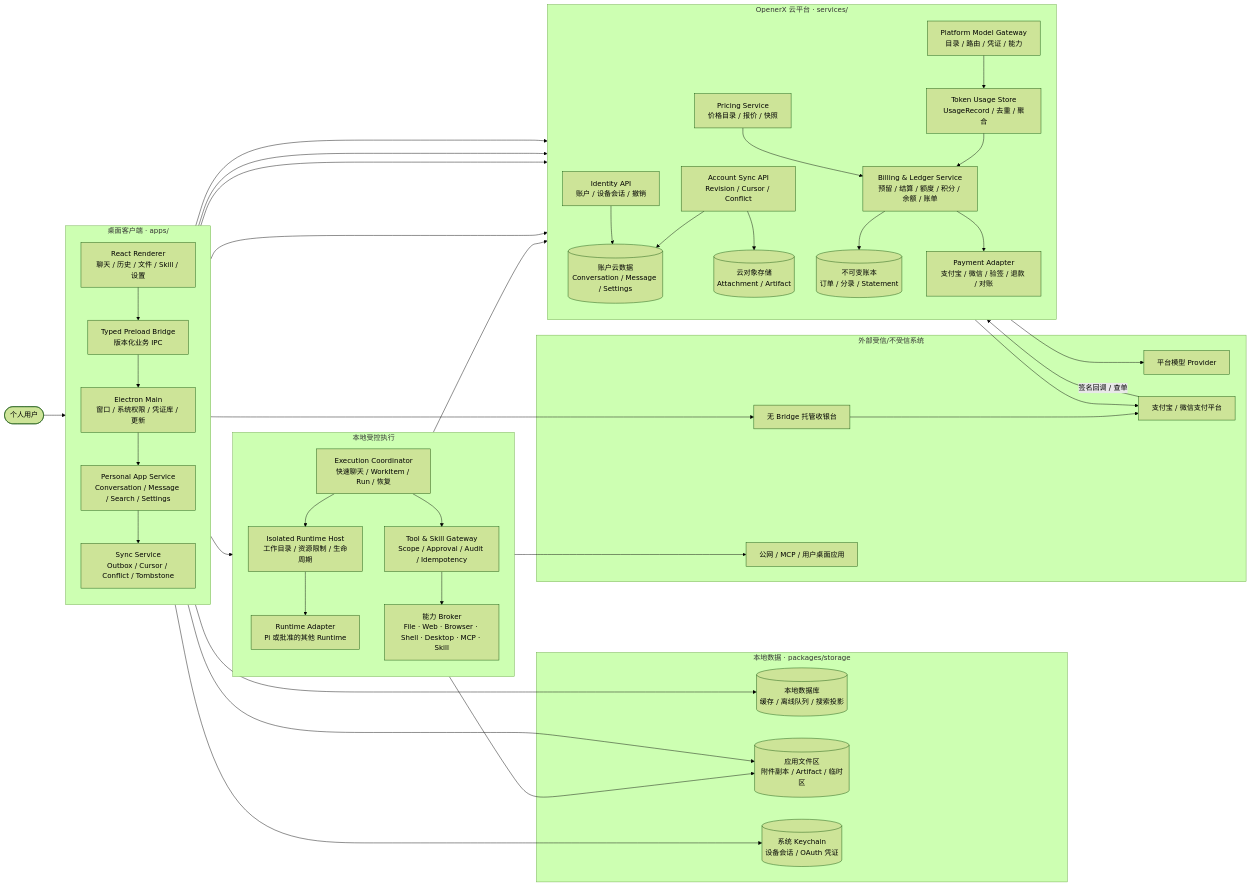
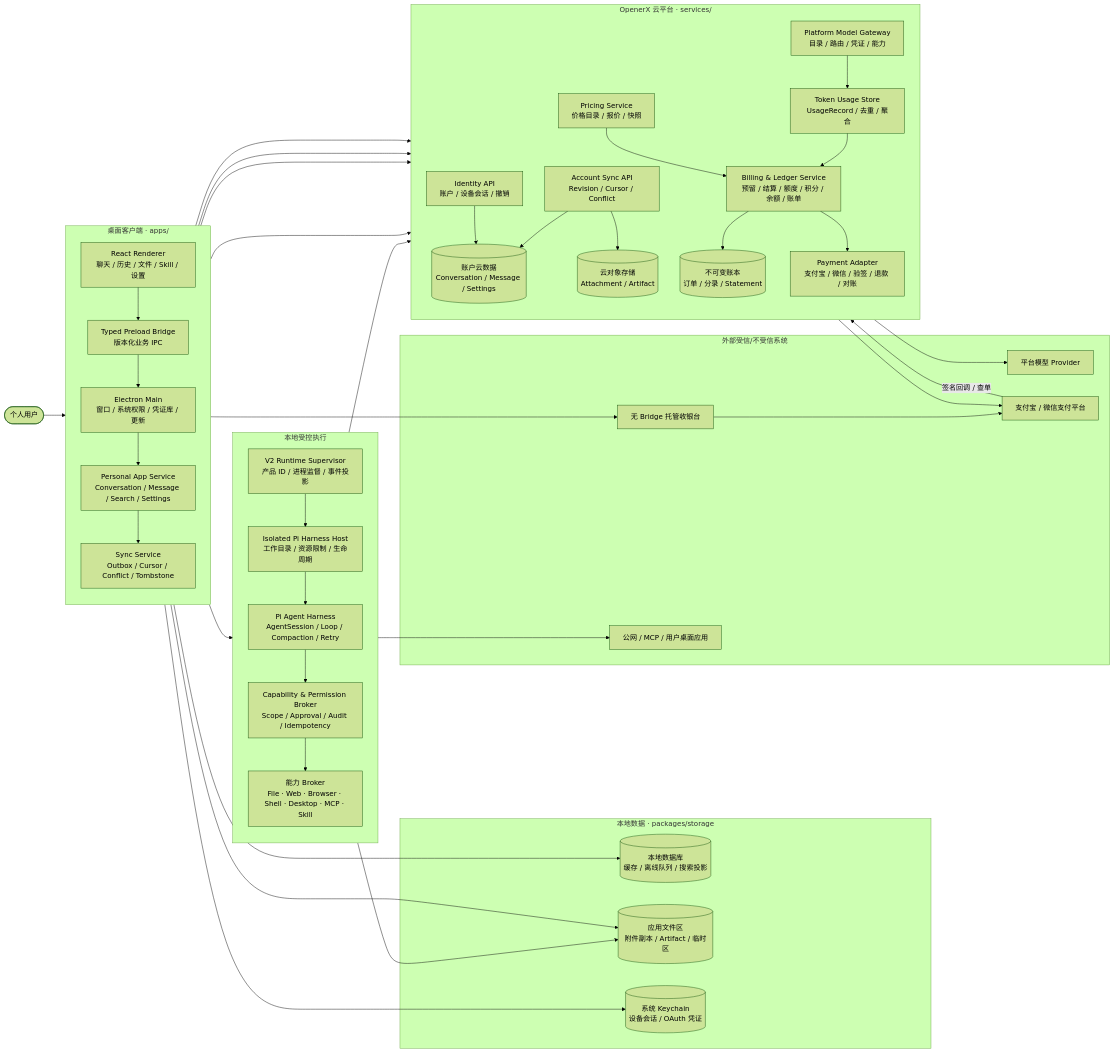
One commit to openerserver/openerx changed the first of 4 diagrams in docs/v2/14-overall-architecture.md. Above: the diagram before and after it, drawn with Mermaid (forest theme). The commit also changed other lines of this file and 79 other files, not shown here.

```diff
--- a/docs/v2/14-overall-architecture.md
+++ b/docs/v2/14-overall-architecture.md
@@ -46,10 +49,10 @@
 
   subgraph EXECUTION["本地受控执行"]
     direction TB
-    COORD["Execution Coordinator<br/>快速聊天 / WorkItem / Run / 恢复"]
-    HOST["Isolated Runtime Host<br/>工作目录 / 资源限制 / 生命周期"]
-    ADAPTER["Runtime Adapter<br/>Pi 或批准的其他 Runtime"]
-    TOOL_GATEWAY["Tool & Skill Gateway<br/>Scope / Approval / Audit / Idempotency"]
+    SUPERVISOR["V2 Runtime Supervisor<br/>产品 ID / 进程监督 / 事件投影"]
+    HOST["Isolated Pi Harness Host<br/>工作目录 / 资源限制 / 生命周期"]
+    PI["Pi Agent Harness<br/>AgentSession / Loop / Compaction / Retry"]
+    TOOL_GATEWAY["Capability & Permission Broker<br/>Scope / Approval / Audit / Idempotency"]
     CAPABILITIES["能力 Broker<br/>File · Web · Browser · Shell · Desktop · MCP · Skill"]
   end
 
@@ -82,11 +85,11 @@
   APP --> CACHE
   APP --> FILES
   APP --> SYNC_CLIENT
-  APP --> COORD
+  APP --> SUPERVISOR
 
-  COORD --> HOST
-  HOST --> ADAPTER
-  COORD --> TOOL_GATEWAY
+  SUPERVISOR --> HOST
+  HOST --> PI
+  PI --> TOOL_GATEWAY
   TOOL_GATEWAY --> CAPABILITIES
   CAPABILITIES --> FILES
   CAPABILITIES --> REMOTE
@@ -97,7 +100,7 @@
   SYNC_API --> ACCOUNT_DB
   SYNC_API --> OBJECT_STORE
 
-  ADAPTER --> MODEL
+  PI --> MODEL
   MODEL --> PROVIDERS
   MODEL --> USAGE
   APP --> PRICING
```
